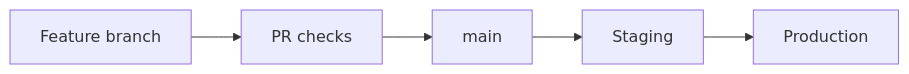
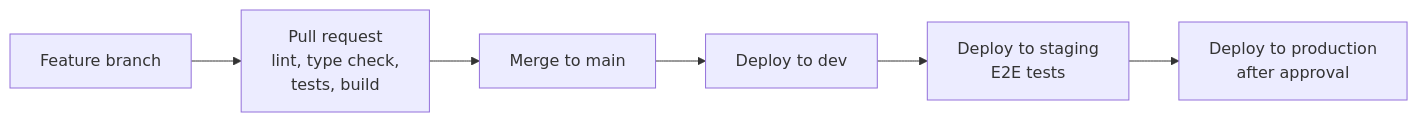
One commit to hiteshpachpor/awr-vehicle-logistics changed diagram 11 of 11 in docs/deliverable-2-presentation-content.md. Above: the diagram before and after it, drawn with Mermaid. The commit also changed other lines of this file and 2 other files, not shown here.

````diff
--- a/docs/deliverable-2-presentation-content.md
+++ b/docs/deliverable-2-presentation-content.md
@@ -684,7 +731,8 @@
 ```mermaid
 flowchart LR
-  Feat[Feature branch] --> PR[PR checks]
-  PR --> Main[main]
-  Main --> Staging[Staging]
-  Staging --> Prod[Production]
+  Branch["Feature branch"] --> PR["Pull request<br/>lint, type check,<br/>tests, build"]
+  PR --> Main["Merge to main"]
+  Main --> Dev["Deploy to dev"]
+  Dev --> Staging["Deploy to staging<br/>E2E tests"]
+  Staging --> Prod["Deploy to production<br/>after approval"]
 ```
````
